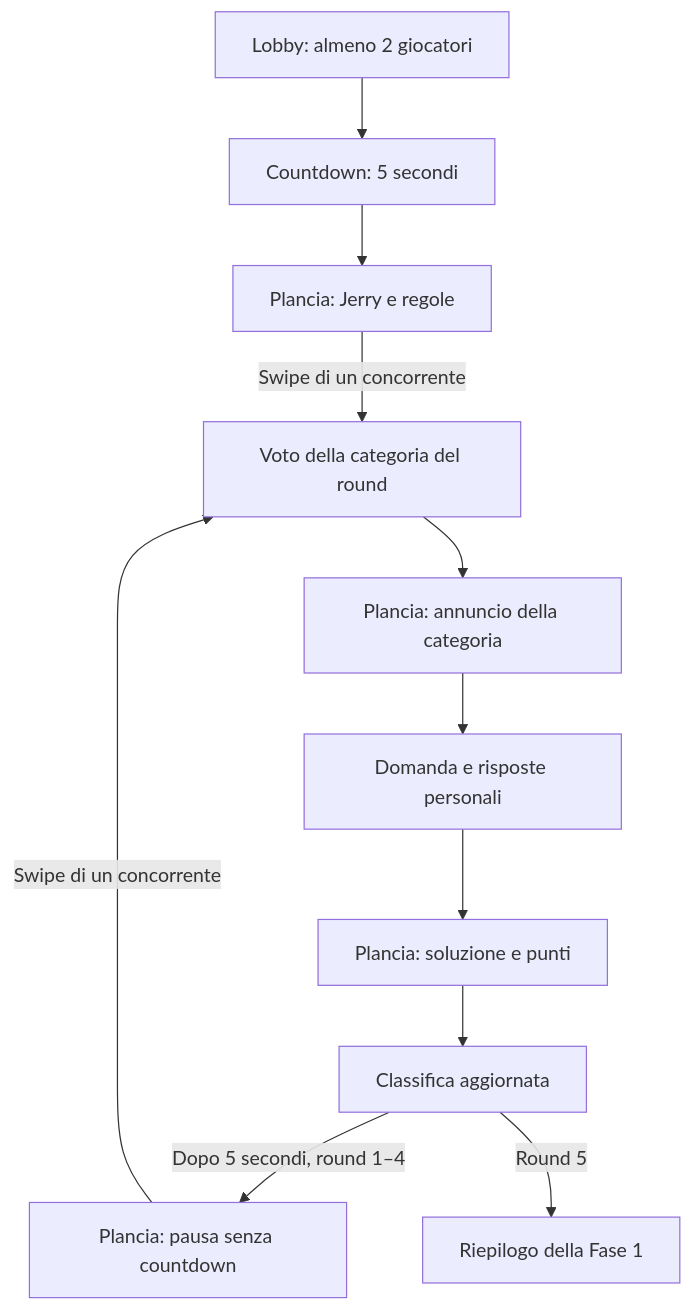
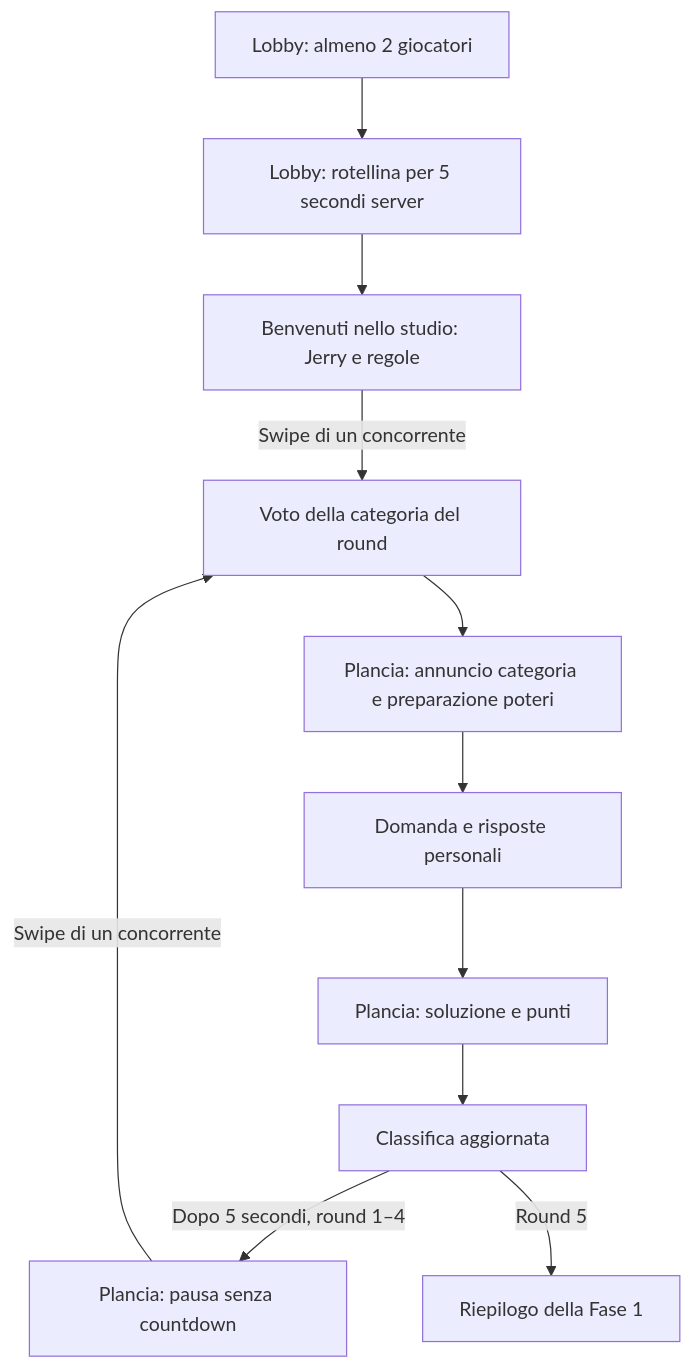
One commit to LucaCarr0/KnowBetter changed the diagram in docs/plans/02-fase-1-trivia.md. Above: the diagram before and after it, drawn with Mermaid. The commit also changed other lines of this file and 16 other files, not shown here.

````diff
--- a/docs/plans/02-fase-1-trivia.md
+++ b/docs/plans/02-fase-1-trivia.md
@@ -74,13 +88,13 @@
 ```mermaid
 flowchart TD
-  L[Lobby: almeno 2 giocatori] --> C[Countdown: 5 secondi]
-  C --> I[Plancia: Jerry e regole]
+  L[Lobby: almeno 2 giocatori] --> C[Lobby: rotellina per 5 secondi server]
+  C --> I[Benvenuti nello studio: Jerry e regole]
   I -->|Swipe di un concorrente| V[Voto della categoria del round]
-  V --> A[Plancia: annuncio della categoria]
+  V --> A[Plancia: annuncio categoria e preparazione poteri]
   A --> D[Domanda e risposte personali]
   D --> E[Plancia: soluzione e punti]
   E --> R[Classifica aggiornata]
   R -->|Dopo 5 secondi, round 1–4| P[Plancia: pausa senza countdown]
   P -->|Swipe di un concorrente| V
   R -->|Round 5| F[Riepilogo della Fase 1]
 ```
````
